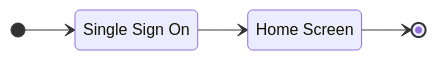
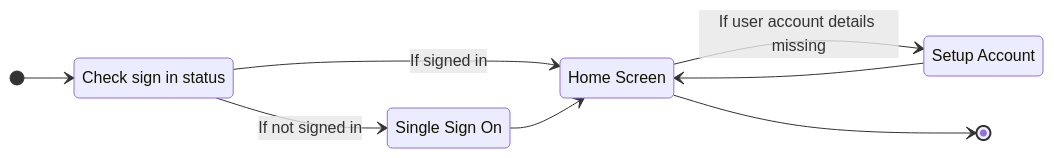
The first of 3 diagrams in README.md (Hamza-Bouzoubaa/Mealer-AndroidStudioApp), drawn with Mermaid before and after one commit. The commit also changed other lines of this file and 95 other files, not shown here.

````diff
--- a/README.md
+++ b/README.md
@@ -10,13 +10,21 @@
 ```mermaid
 stateDiagram-v2
     direction LR
 
+    check_sign_in : Check sign in status
     sign_in : Single Sign On
     home : Home Screen
+    setup_account : Setup Account
 
-    [*] --> sign_in
+    [*] --> check_sign_in
+
+    check_sign_in --> sign_in: If not signed in
+    check_sign_in --> home: If signed in
 
     sign_in --> home
 
+    home --> setup_account : If user account details missing
+    setup_account --> home
+
     home --> [*]
 ```
````
